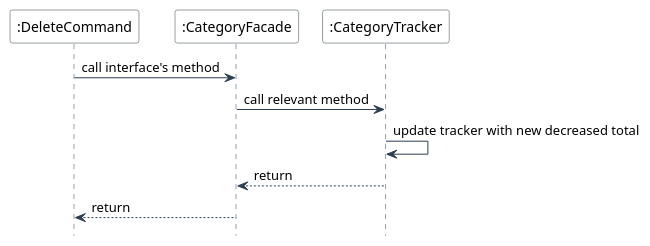
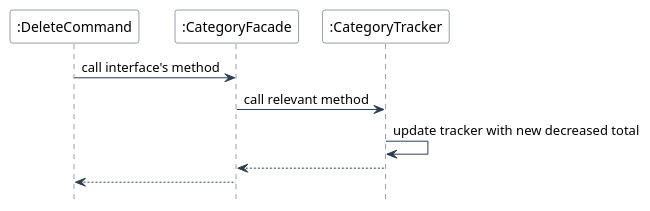
The diagram in docs/diagrams/plantuml/CategoryFacade Delete SequenceUML.puml (nus-cs2113-AY2425S1/tp), drawn with PlantUML before and after one commit. The commit also changed 11 other files, not shown here.

Commit message:
Simplify sequence diagram

```diff
--- a/docs/diagrams/plantuml/CategoryFacade Delete SequenceUML.puml
+++ b/docs/diagrams/plantuml/CategoryFacade Delete SequenceUML.puml
@@ -1,22 +1,22 @@
 @startuml
 skinparam backgroundColor #FFFFFF
 skinparam sequence {
     ArrowColor #2C3E50
     LifeLineBorderColor #2C3E50
     ParticipantBorderColor #2C3E50
     ParticipantBackgroundColor #FFFFFF
 }
 hide footbox
 
 participant ":DeleteCommand" as DC
 participant ":CategoryFacade" as CF
 participant ":CategoryTracker" as CT
 ' participant ":CategoryData" as CD
 
 DC -> CF: call interface's method
 CF -> CT: call relevant method
 CT -> CT: update tracker with new decreased total
-CT --> CF: return
-CF --> DC: return
+CT --> CF:
+CF --> DC:
 
 @enduml
```
